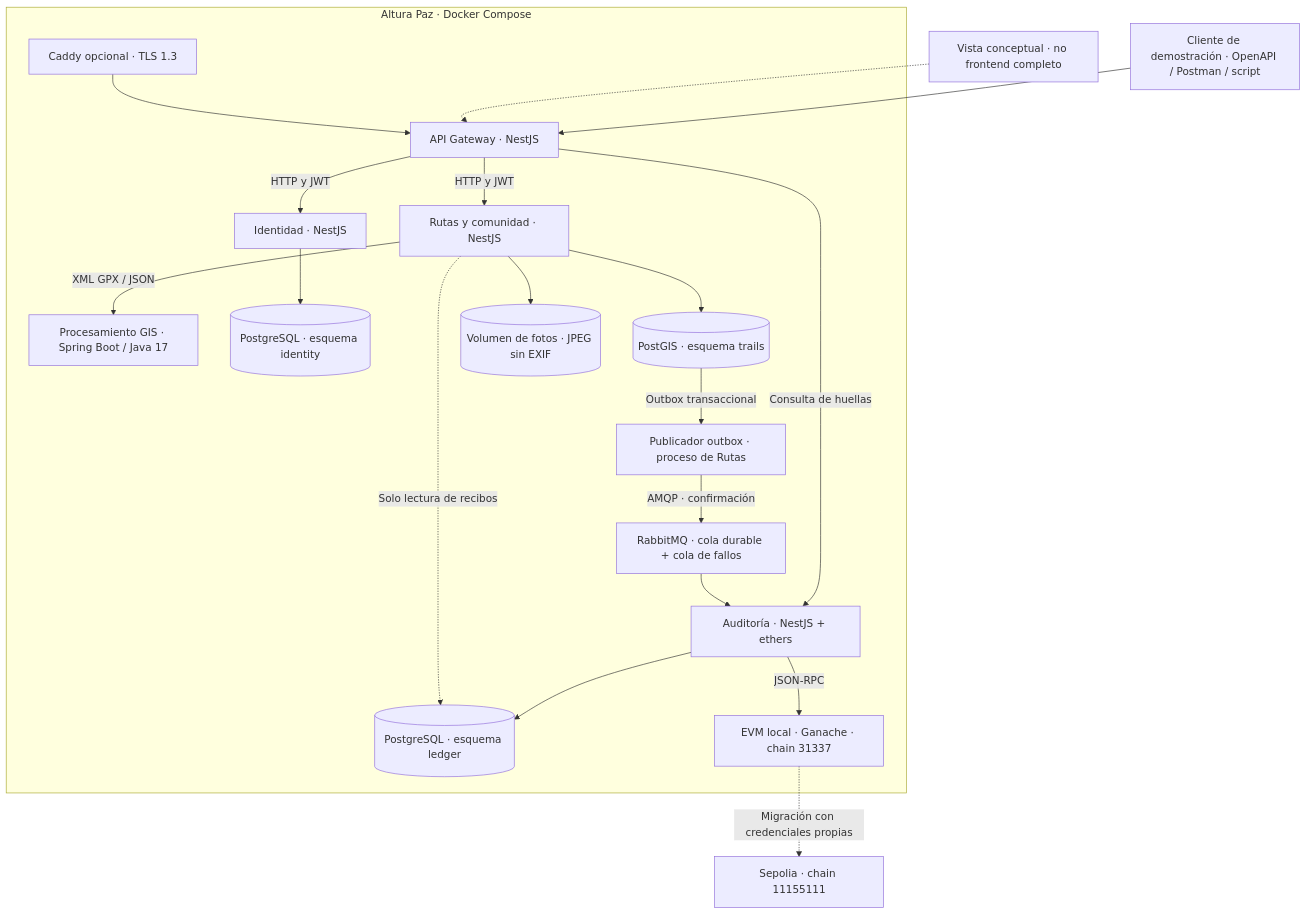
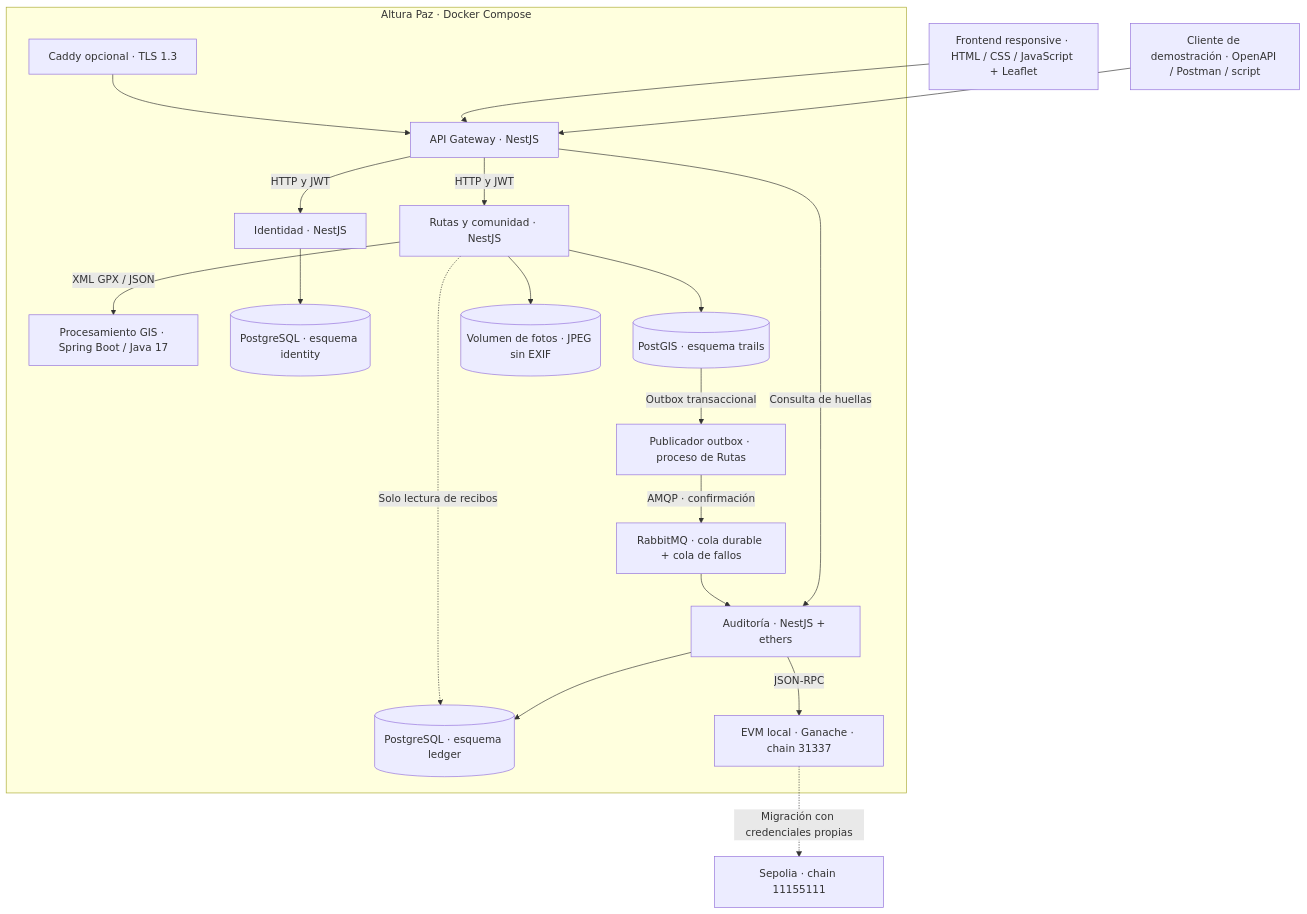
Before and after one commit to migusaper1530/altura-paz-backend: the second of 5 diagrams in docs/arquitectura.md, drawn with Mermaid. The commit also changed other lines of this file and 31 other files, not shown here.

````diff
--- a/docs/arquitectura.md
+++ b/docs/arquitectura.md
@@ -19,22 +19,22 @@
 ```mermaid
 flowchart TB
   API["Cliente de demostración · OpenAPI / Postman / script"] --> GW
-  VIEW["Vista conceptual · no frontend completo"] -.-> GW
+  VIEW["Frontend responsive · HTML / CSS / JavaScript + Leaflet"] --> GW
   subgraph LOCAL["Altura Paz · Docker Compose"]
     TLS["Caddy opcional · TLS 1.3"] --> GW["API Gateway · NestJS"]
     GW -->|HTTP y JWT| ID["Identidad · NestJS"]
     GW -->|HTTP y JWT| RT["Rutas y comunidad · NestJS"]
     GW -->|Consulta de huellas| AU["Auditoría · NestJS + ethers"]
     RT -->|XML GPX / JSON| GP["Procesamiento GIS · Spring Boot / Java 17"]
     ID --> IDDB[("PostgreSQL · esquema identity")]
     RT --> RTDB[("PostGIS · esquema trails")]
     RT --> MEDIA[("Volumen de fotos · JPEG sin EXIF")]
     RTDB -->|Outbox transaccional| PUB["Publicador outbox · proceso de Rutas"]
     PUB -->|AMQP · confirmación| MQ["RabbitMQ · cola durable + cola de fallos"]
     MQ --> AU
     AU --> AUD[("PostgreSQL · esquema ledger")]
     RT -.->|Solo lectura de recibos| AUD
     AU -->|JSON-RPC| EVM["EVM local · Ganache · chain 31337"]
   end
   EVM -.->|Migración con credenciales propias| SEP["Sepolia · chain 11155111"]
 ```
````
